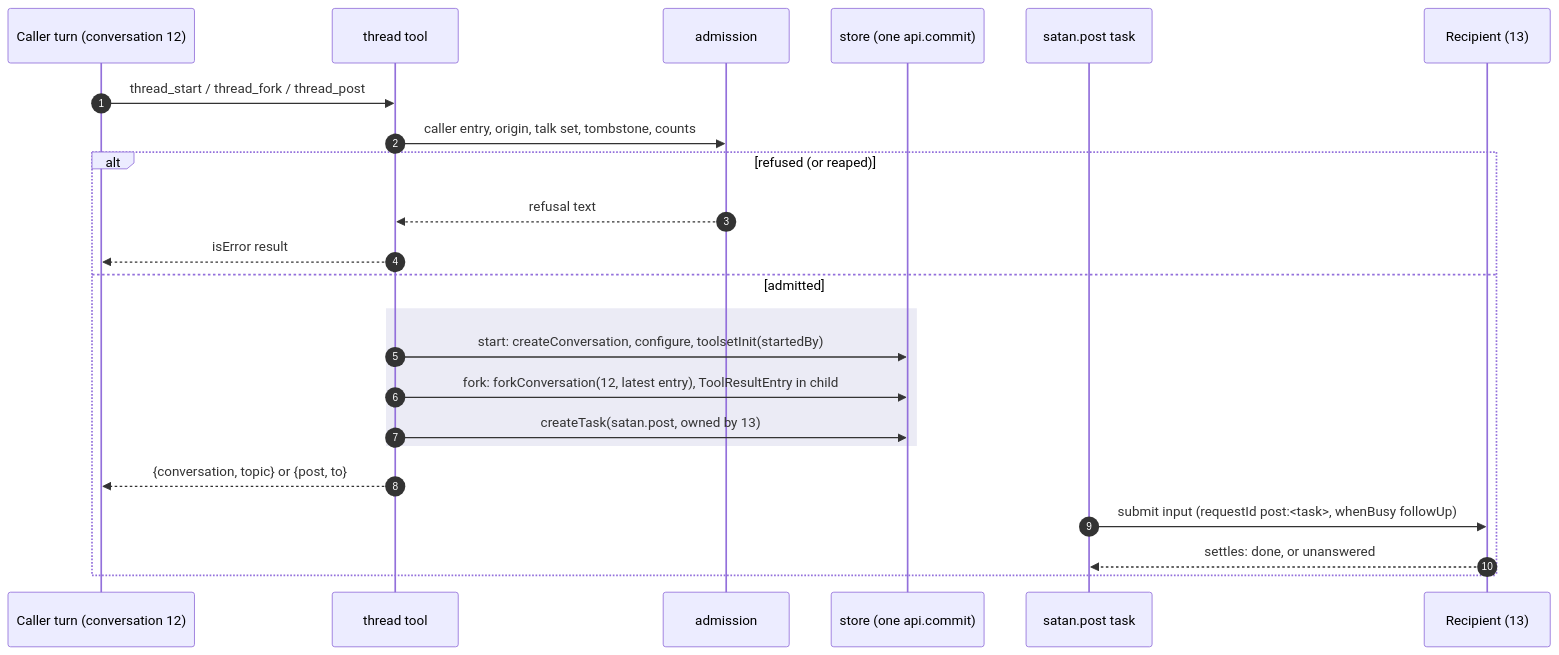
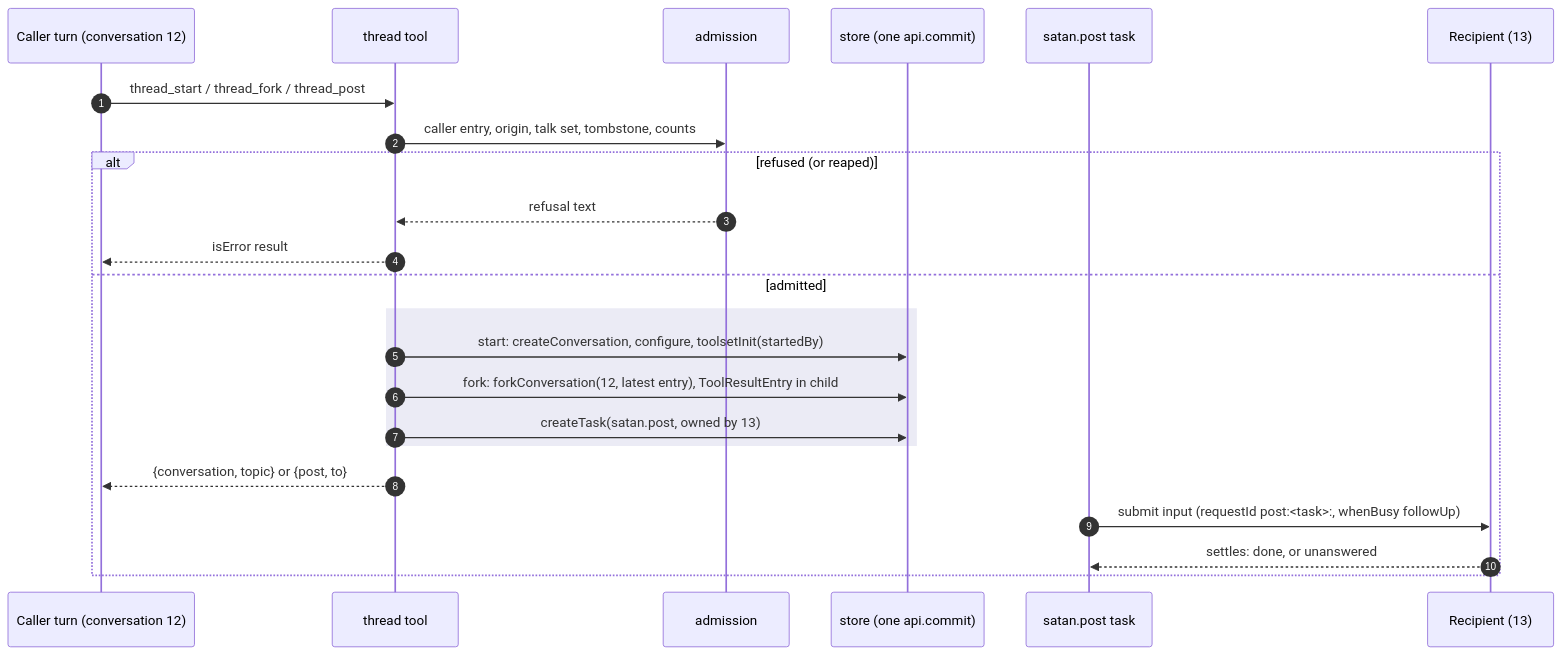
One commit to davidlee/Malebolge changed the second of 4 diagrams in .doctrine/slice/006/design.md. Above: the diagram before and after it, drawn with Mermaid. The commit also changed other lines of this file and 6 other files, not shown here.

````diff
--- a/.doctrine/slice/006/design.md
+++ b/.doctrine/slice/006/design.md
@@ -511,25 +549,25 @@
 ```mermaid
 sequenceDiagram
   autonumber
   participant M as Caller turn (conversation 12)
   participant T as thread tool
   participant A as admission
   participant S as store (one api.commit)
   participant P as satan.post task
   participant R as Recipient (13)
   M->>T: thread_start / thread_fork / thread_post
   T->>A: caller entry, origin, talk set, tombstone, counts
   alt refused (or reaped)
     A-->>T: refusal text
     T-->>M: isError result
   else admitted
     rect rgb(235,235,245)
       T->>S: start: createConversation, configure, toolsetInit(startedBy)
       T->>S: fork: forkConversation(12, latest entry), ToolResultEntry in child
       T->>S: createTask(satan.post, owned by 13)
     end
     T-->>M: {conversation, topic} or {post, to}
-    P->>R: submit input (requestId post:<task>, whenBusy followUp)
+    P->>R: submit input (requestId post:<task>:, whenBusy followUp)
     R-->>P: settles: done, or unanswered
   end
 ```
````
